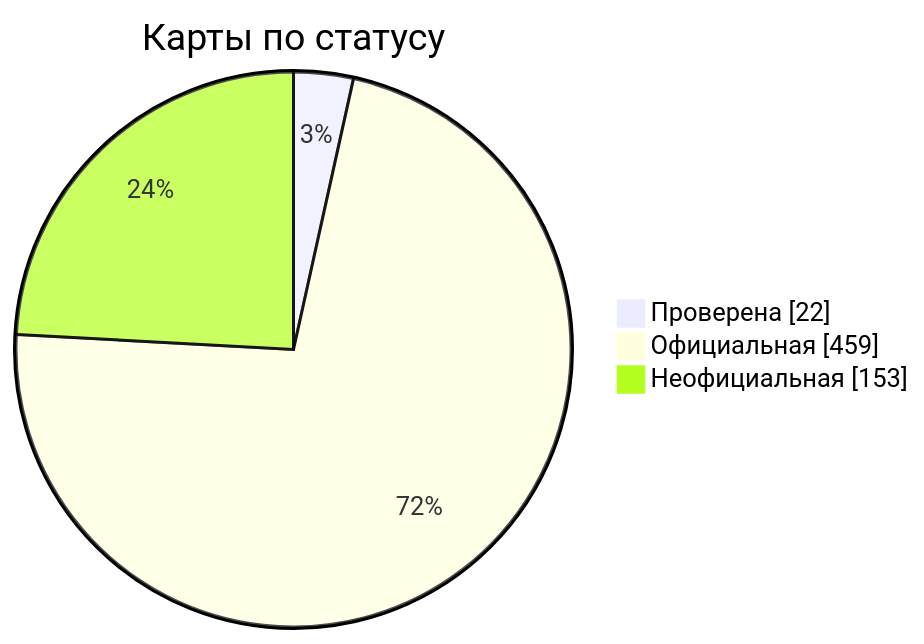
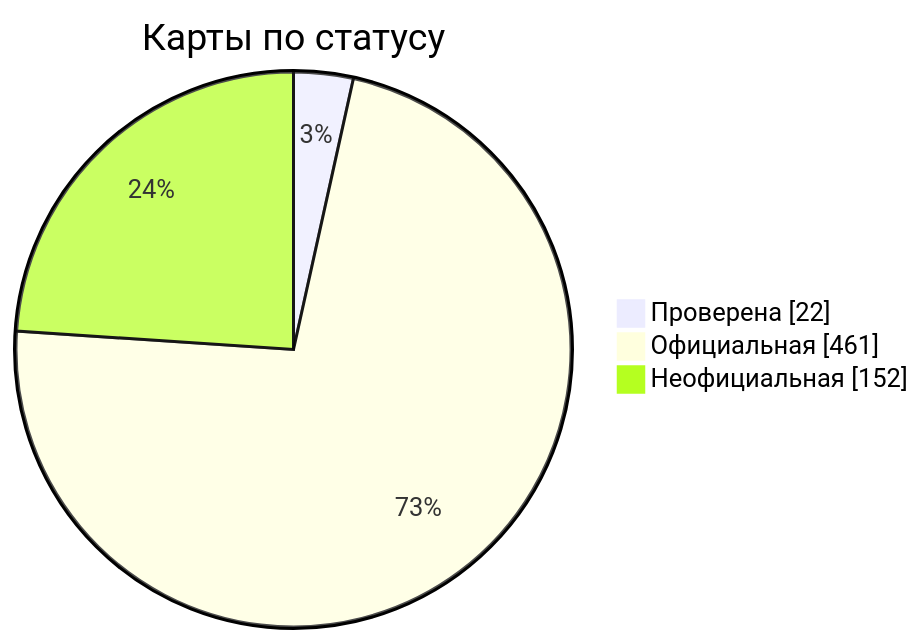
One commit to nobrega8/mbmap-library changed the diagram in docs/readme/README_RU.md. Above: the diagram before and after it, drawn with Mermaid. The commit also changed 6 other files, not shown here.

````diff
--- a/docs/readme/README_RU.md
+++ b/docs/readme/README_RU.md
@@ -54,7 +54,7 @@
 ```mermaid
 pie showData
     title Карты по статусу
     "Проверена" : 22
-    "Официальная" : 459
-    "Неофициальная" : 153
+    "Официальная" : 461
+    "Неофициальная" : 152
 ```
````
